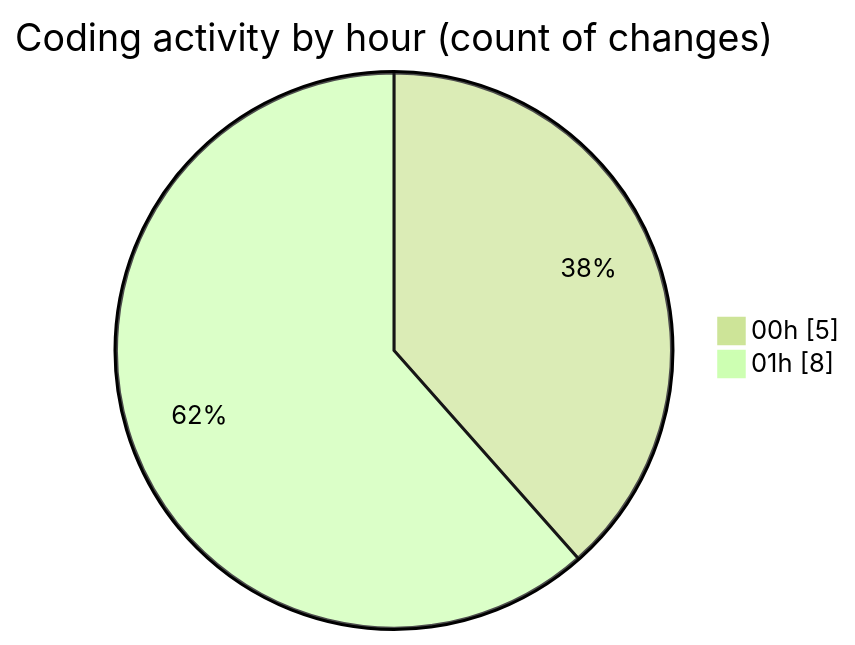
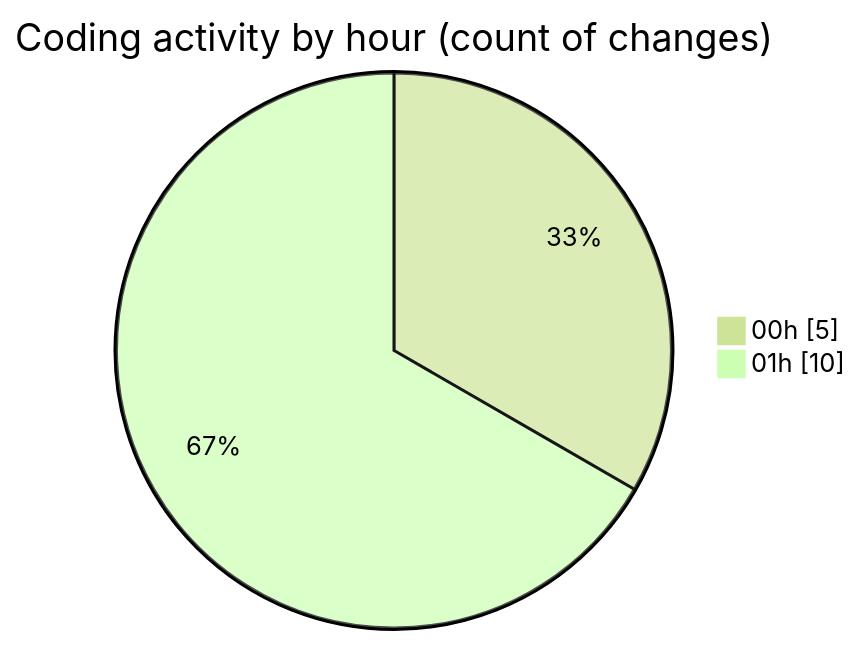
The second of 2 diagrams in 2025-08-04/tw-server/README.md (EIIisD/code-tracking), drawn with Mermaid (forest theme) before and after one commit. The commit also changed other lines of this file and 1 other file, not shown here.

````diff
--- a/2025-08-04/tw-server/README.md
+++ b/2025-08-04/tw-server/README.md
@@ -29,6 +29,6 @@
 ```mermaid
 pie showData
 title Coding activity by hour (count of changes)
 "00h" : 5
-"01h" : 8
+"01h" : 10
 ```
````
